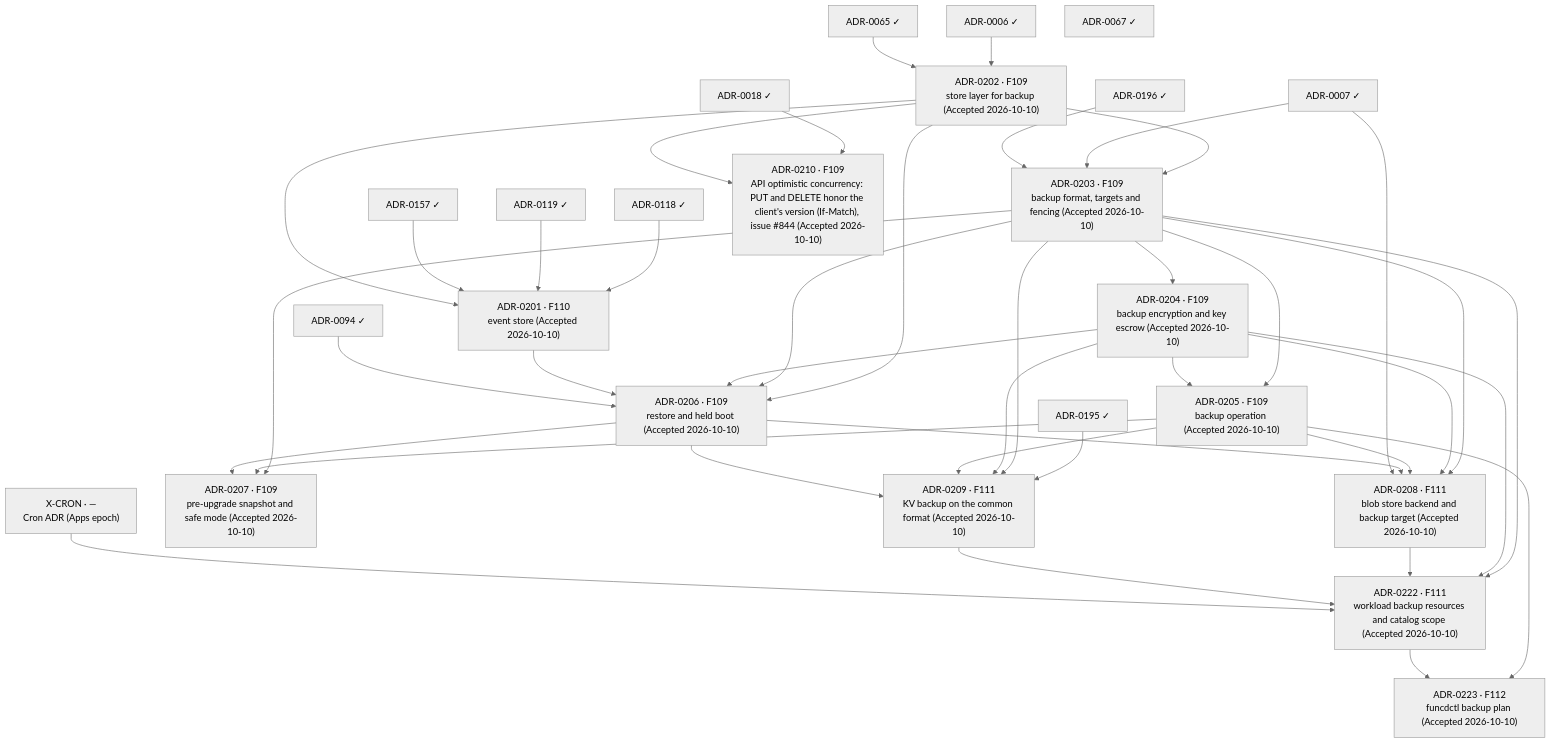
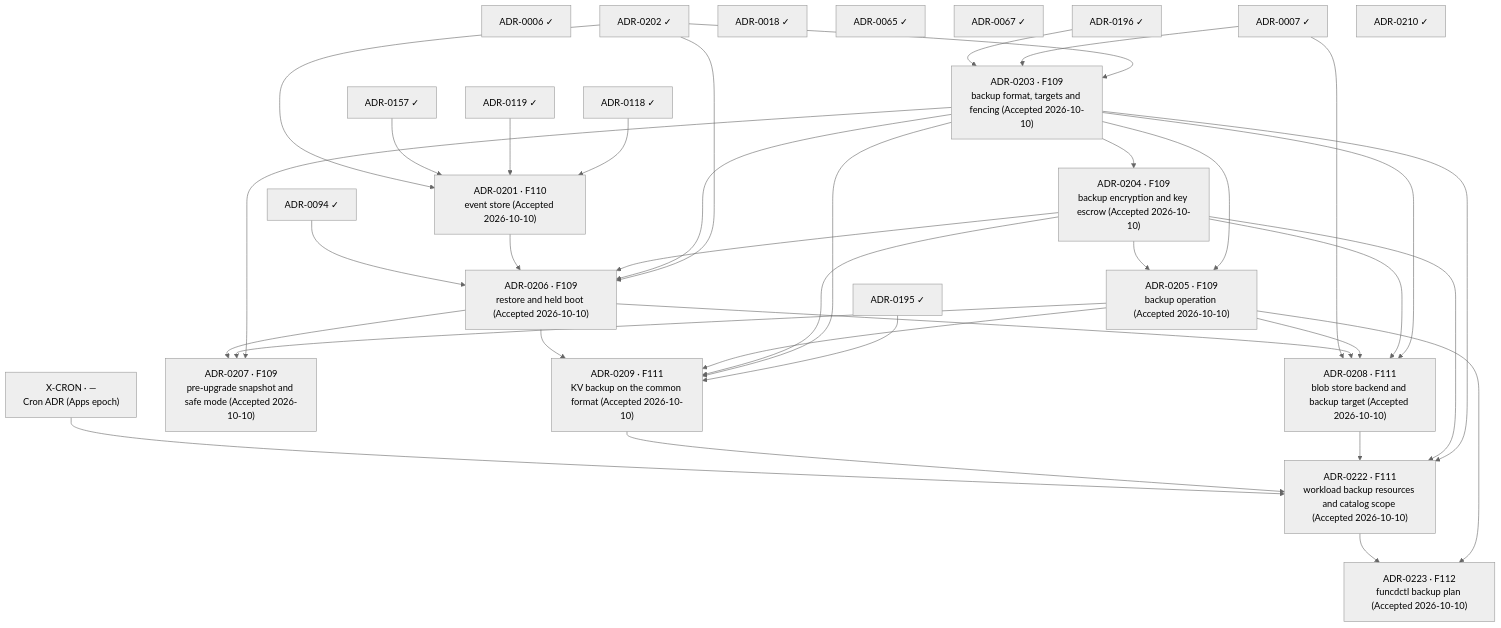
The diagram in docs/roadmap/dr-delivery-plan.md (pyvvo/funcd), drawn with Mermaid (neutral theme) before and after one commit. The commit also changed other lines of this file and 4 other files, not shown here.

````diff
--- a/docs/roadmap/dr-delivery-plan.md
+++ b/docs/roadmap/dr-delivery-plan.md
@@ -73,67 +71,63 @@
 ```mermaid
 flowchart TB
     ADR_0006["ADR-0006 ✓"]
     ADR_0007["ADR-0007 ✓"]
     ADR_0018["ADR-0018 ✓"]
     ADR_0065["ADR-0065 ✓"]
     ADR_0067["ADR-0067 ✓"]
     ADR_0094["ADR-0094 ✓"]
     ADR_0118["ADR-0118 ✓"]
     ADR_0119["ADR-0119 ✓"]
     ADR_0157["ADR-0157 ✓"]
     ADR_0195["ADR-0195 ✓"]
     ADR_0196["ADR-0196 ✓"]
+    ADR_0202["ADR-0202 ✓"]
+    ADR_0210["ADR-0210 ✓"]
     X_CRON["X-CRON · —<br/>Cron ADR (Apps epoch)"]
-    ADR_0202["ADR-0202 · F109<br/>store layer for backup (Accepted 2026-10-10)"]
     ADR_0201["ADR-0201 · F110<br/>event store (Accepted 2026-10-10)"]
     ADR_0203["ADR-0203 · F109<br/>backup format, targets and fencing (Accepted 2026-10-10)"]
     ADR_0204["ADR-0204 · F109<br/>backup encryption and key escrow (Accepted 2026-10-10)"]
     ADR_0205["ADR-0205 · F109<br/>backup operation (Accepted 2026-10-10)"]
     ADR_0206["ADR-0206 · F109<br/>restore and held boot (Accepted 2026-10-10)"]
     ADR_0207["ADR-0207 · F109<br/>pre-upgrade snapshot and safe mode (Accepted 2026-10-10)"]
     ADR_0208["ADR-0208 · F111<br/>blob store backend and backup target (Accepted 2026-10-10)"]
     ADR_0209["ADR-0209 · F111<br/>KV backup on the common format (Accepted 2026-10-10)"]
     ADR_0222["ADR-0222 · F111<br/>workload backup resources and catalog scope (Accepted 2026-10-10)"]
-    ADR_0210["ADR-0210 · F109<br/>API optimistic concurrency: PUT and DELETE honor the client's version (If-Match), issue #844 (Accepted 2026-10-10)"]
     ADR_0223["ADR-0223 · F112<br/>funcdctl backup plan (Accepted 2026-10-10)"]
 
-    ADR_0006 --> ADR_0202
-    ADR_0065 --> ADR_0202
     ADR_0118 --> ADR_0201
     ADR_0119 --> ADR_0201
     ADR_0157 --> ADR_0201
     ADR_0202 --> ADR_0201
     ADR_0202 --> ADR_0203
     ADR_0007 --> ADR_0203
     ADR_0196 --> ADR_0203
     ADR_0203 --> ADR_0204
     ADR_0203 --> ADR_0205
     ADR_0204 --> ADR_0205
     ADR_0202 --> ADR_0206
     ADR_0203 --> ADR_0206
     ADR_0204 --> ADR_0206
     ADR_0201 --> ADR_0206
     ADR_0094 --> ADR_0206
     ADR_0203 --> ADR_0207
     ADR_0205 --> ADR_0207
     ADR_0206 --> ADR_0207
     ADR_0203 --> ADR_0208
     ADR_0204 --> ADR_0208
     ADR_0205 --> ADR_0208
     ADR_0206 --> ADR_0208
     ADR_0007 --> ADR_0208
     ADR_0195 --> ADR_0209
     ADR_0203 --> ADR_0209
     ADR_0204 --> ADR_0209
     ADR_0205 --> ADR_0209
     ADR_0206 --> ADR_0209
     ADR_0203 --> ADR_0222
     ADR_0204 --> ADR_0222
     ADR_0208 --> ADR_0222
     ADR_0209 --> ADR_0222
     X_CRON --> ADR_0222
-    ADR_0018 --> ADR_0210
-    ADR_0202 --> ADR_0210
     ADR_0205 --> ADR_0223
     ADR_0222 --> ADR_0223
 ```
````
